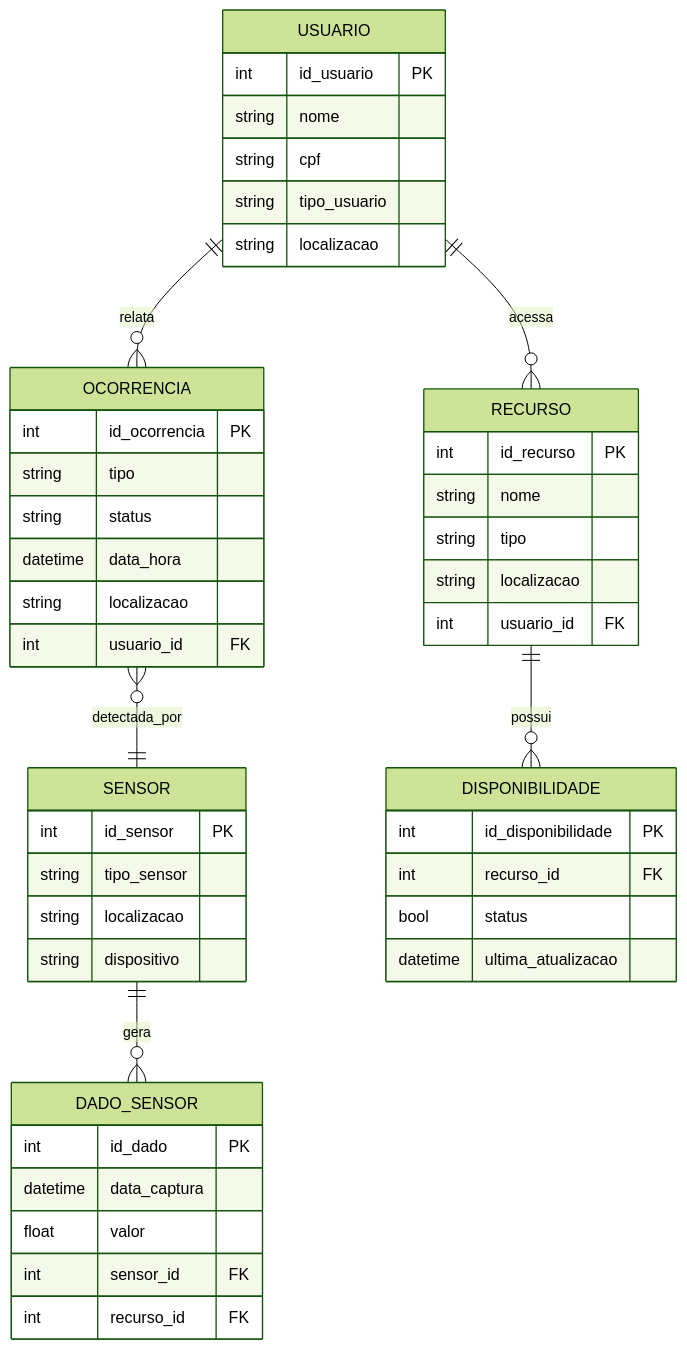
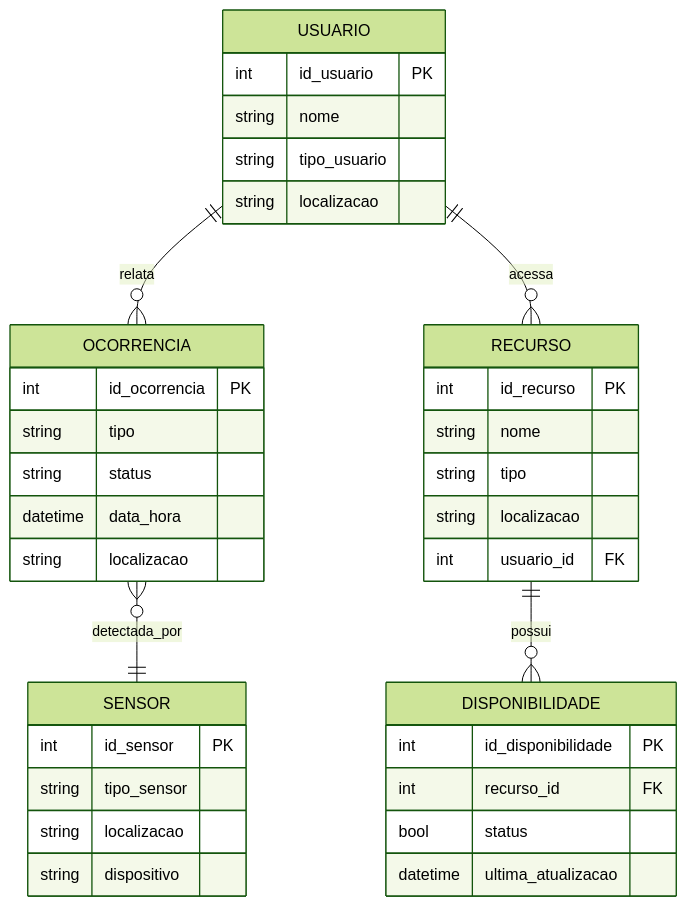
The diagram in README.md (Joao-Markus-Barbosa/teste2), drawn with Mermaid (forest theme) before and after one commit.

````diff
--- a/README.md
+++ b/README.md
@@ -1,62 +1,53 @@
 ```mermaid
 erDiagram
 
  
   
   OCORRENCIA     }o--|| SENSOR         : detectada_por
-  SENSOR         ||--o{ DADO_SENSOR    : gera
-  
+
+  USUARIO        ||--o{ OCORRENCIA     : relata
+  USUARIO        ||--o{ RECURSO        : acessa
   
   RECURSO        ||--o{ DISPONIBILIDADE: possui
 
   
 
   OCORRENCIA {
     int       id_ocorrencia    PK
     string    tipo
     string    status
     datetime  data_hora
     string    localizacao
-    int       usuario_id        FK
   }
 
   SENSOR {
     int     id_sensor        PK
     string  tipo_sensor
     string  localizacao
     string  dispositivo
   }
 
-  DADO_SENSOR {
-    int       id_dado          PK
-    datetime  data_captura
-    float     valor
-    int       sensor_id        FK
-    int       recurso_id       FK
-  }
  USUARIO {
     int     id_usuario       PK
     string  nome
-    string  cpf
     string  tipo_usuario
     string  localizacao
   }
 
   RECURSO {
     int     id_recurso       PK
     string  nome
     string  tipo
     string  localizacao
     int     usuario_id       FK
   }
-USUARIO        ||--o{ OCORRENCIA     : relata
-  USUARIO        ||--o{ RECURSO        : acessa
+
   DISPONIBILIDADE {
     int       id_disponibilidade  PK
     int       recurso_id          FK
     bool      status
     datetime  ultima_atualizacao
   }
 
  
 ```
````
